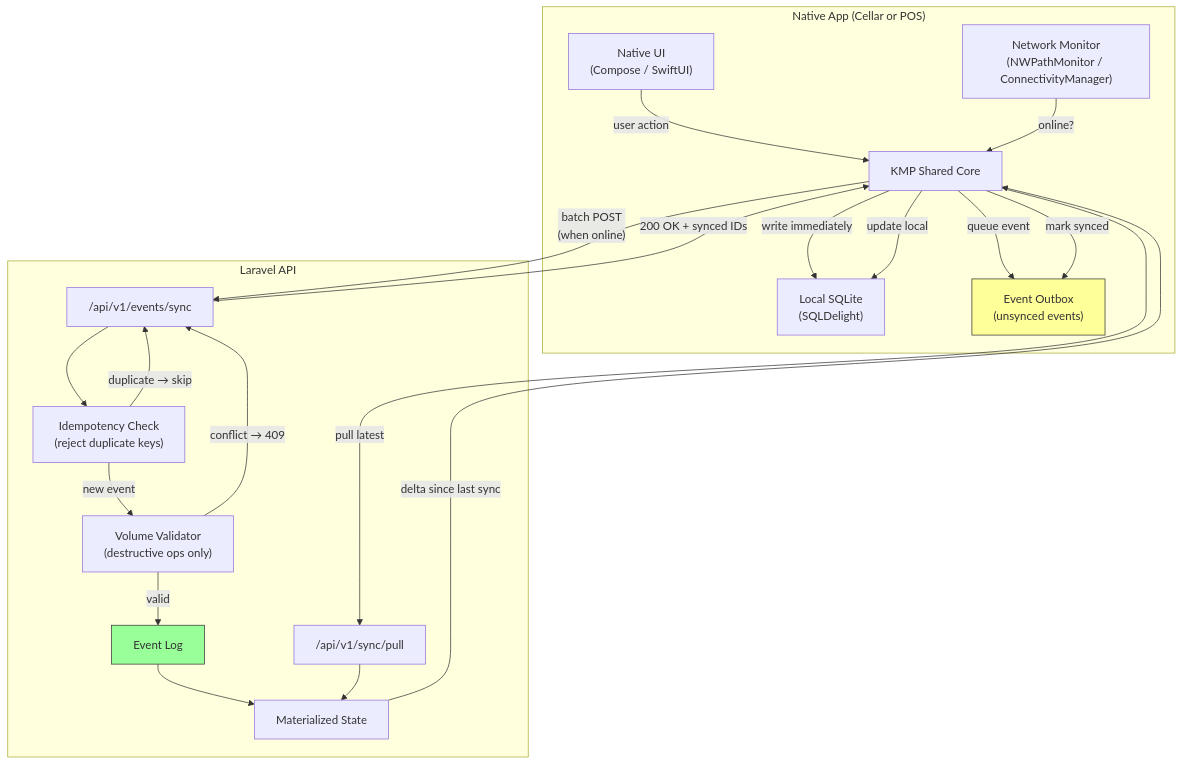
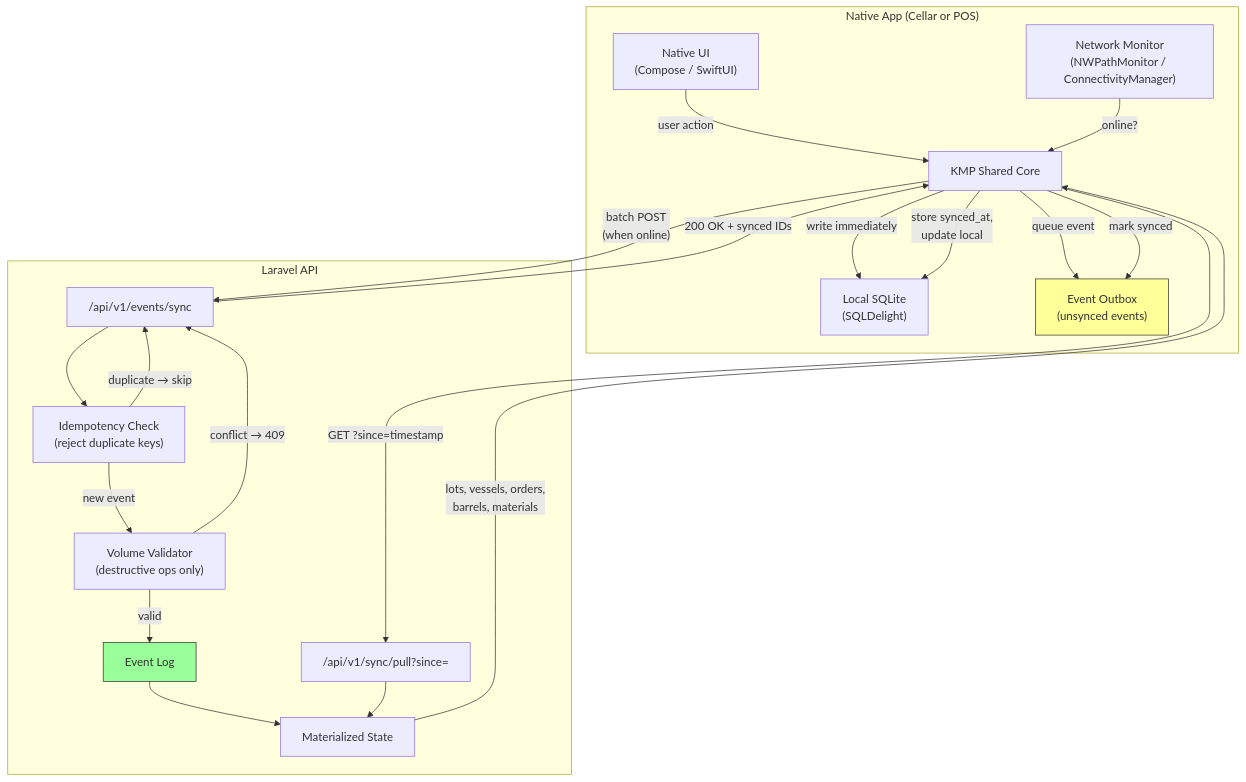
Before and after one commit to KoldenAxelson/VineSuite: the diagram in docs/diagrams/sync-architecture.mermaid, drawn with Mermaid. The commit also changed 18 other files, not shown here.

```diff
--- a/docs/diagrams/sync-architecture.mermaid
+++ b/docs/diagrams/sync-architecture.mermaid
@@ -1,42 +1,42 @@
 graph TB
     subgraph Device["Native App (Cellar or POS)"]
         UI["Native UI<br/>(Compose / SwiftUI)"]
         KMP["KMP Shared Core"]
         SQLite["Local SQLite<br/>(SQLDelight)"]
         Outbox["Event Outbox<br/>(unsynced events)"]
         NetMon["Network Monitor<br/>(NWPathMonitor / ConnectivityManager)"]
     end
 
     subgraph Server["Laravel API"]
         SyncEndpoint["/api/v1/events/sync"]
-        PullEndpoint["/api/v1/sync/pull"]
+        PullEndpoint["/api/v1/sync/pull?since="]
         IdempotencyCheck["Idempotency Check<br/>(reject duplicate keys)"]
         VolumeValidator["Volume Validator<br/>(destructive ops only)"]
         EventLog["Event Log"]
         StateTable["Materialized State"]
     end
 
     UI -->|user action| KMP
     KMP -->|write immediately| SQLite
     KMP -->|queue event| Outbox
 
     NetMon -->|online?| KMP
 
     KMP -->|"batch POST<br/>(when online)"| SyncEndpoint
     SyncEndpoint --> IdempotencyCheck
     IdempotencyCheck -->|new event| VolumeValidator
     IdempotencyCheck -->|"duplicate → skip"| SyncEndpoint
     VolumeValidator -->|valid| EventLog
     VolumeValidator -->|"conflict → 409"| SyncEndpoint
     EventLog --> StateTable
 
     SyncEndpoint -->|"200 OK + synced IDs"| KMP
     KMP -->|mark synced| Outbox
 
-    KMP -->|pull latest| PullEndpoint
+    KMP -->|"GET ?since=timestamp"| PullEndpoint
     PullEndpoint --> StateTable
-    StateTable -->|delta since last sync| KMP
-    KMP -->|update local| SQLite
+    StateTable -->|"lots, vessels, orders,<br/>barrels, materials"| KMP
+    KMP -->|"store synced_at,<br/>update local"| SQLite
 
     style Outbox fill:#ff9,stroke:#333
     style EventLog fill:#9f9,stroke:#333
```
